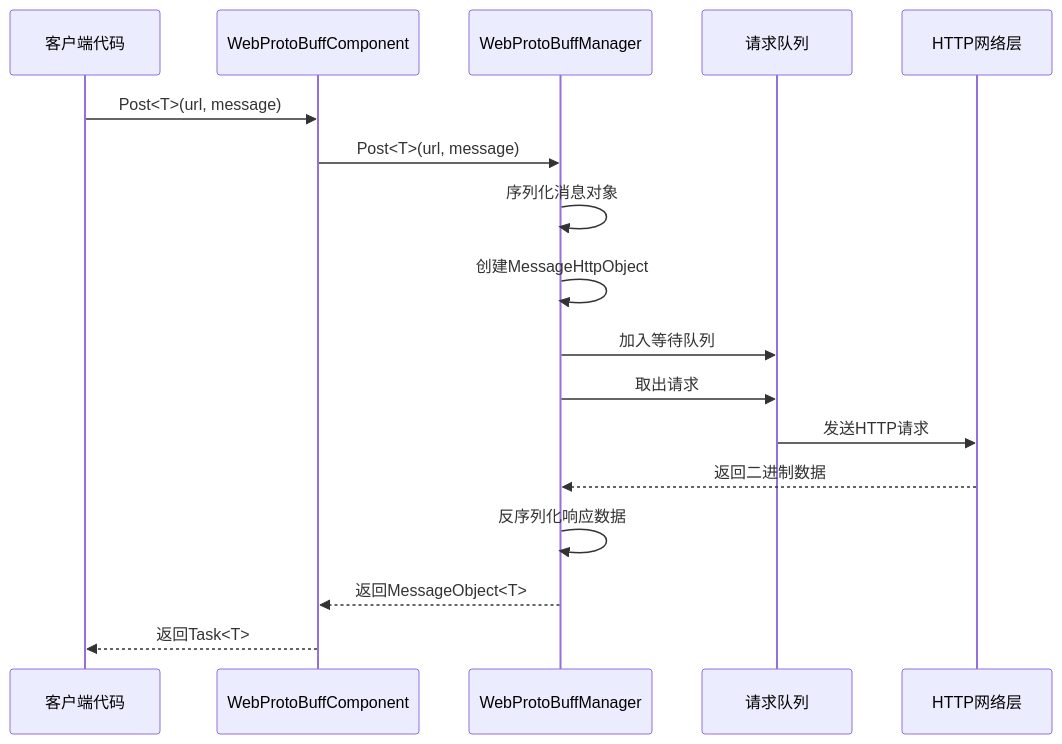
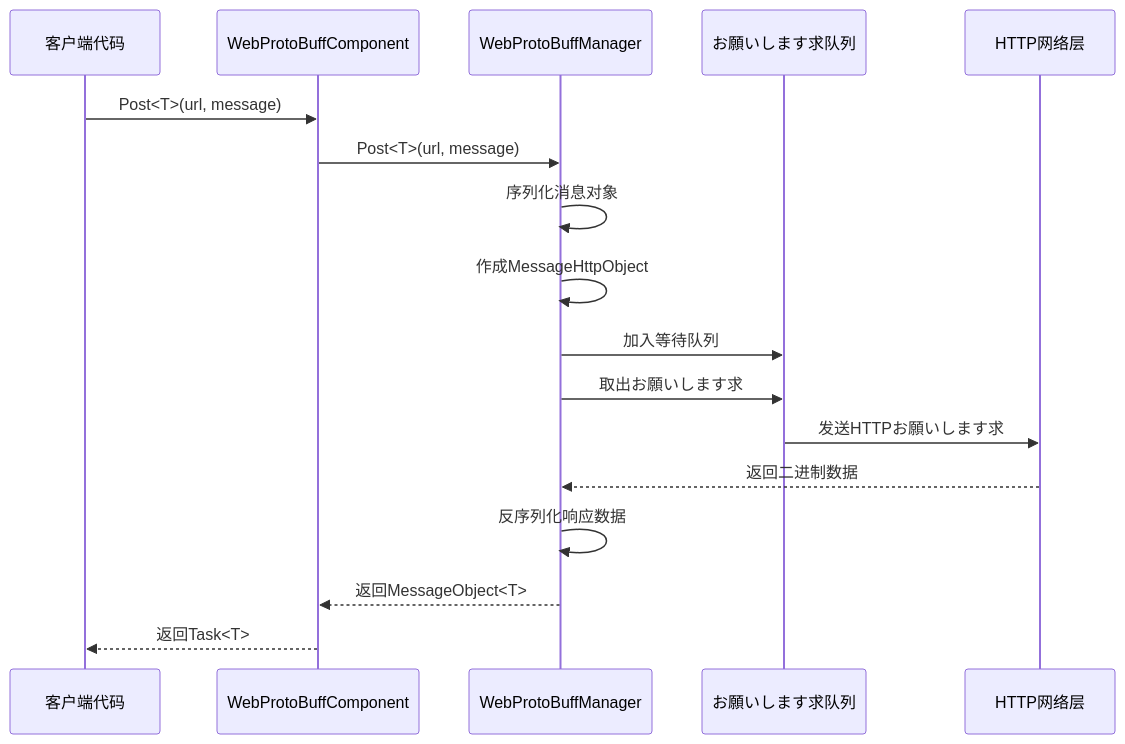
The second of 3 diagrams in docs/ja/client/unity/component/web-protobuff/09.webprotobuffcomponent.md (AlianBlank/GameFrameX.Docs), drawn with Mermaid before and after one commit. The commit also changed other lines of this file and 603 other files, not shown here.

````diff
--- a/docs/ja/client/unity/component/web-protobuff/09.webprotobuffcomponent.md
+++ b/docs/ja/client/unity/component/web-protobuff/09.webprotobuffcomponent.md
@@ -66,20 +66,20 @@
 ```mermaid
 sequenceDiagram
     participant Client as 客户端代码
     participant Component as WebProtoBuffComponent
     participant Manager as WebProtoBuffManager
-    participant Queue as 请求队列
+    participant Queue as お願いします求队列
     participant Network as HTTP网络层
 
     Client->>Component: Post<T>(url, message)
     Component->>Manager: Post<T>(url, message)
     Manager->>Manager: 序列化消息对象
-    Manager->>Manager: 创建MessageHttpObject
+    Manager->>Manager: 作成MessageHttpObject
     Manager->>Queue: 加入等待队列
-    Manager->>Queue: 取出请求
-    Queue->>Network: 发送HTTP请求
+    Manager->>Queue: 取出お願いします求
+    Queue->>Network: 发送HTTPお願いします求
     Network-->>Manager: 返回二进制数据
     Manager->>Manager: 反序列化响应数据
     Manager-->>Component: 返回MessageObject<T>
     Component-->>Client: 返回Task<T>
 ```
````
